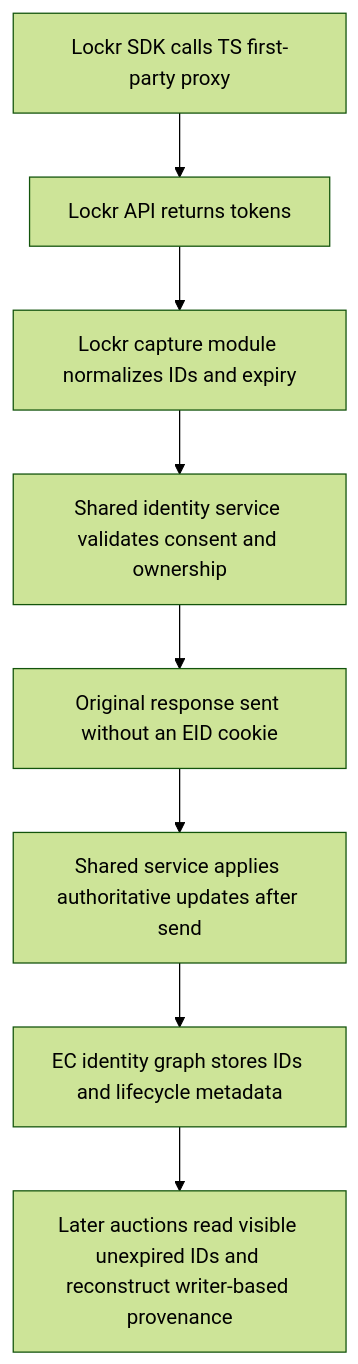
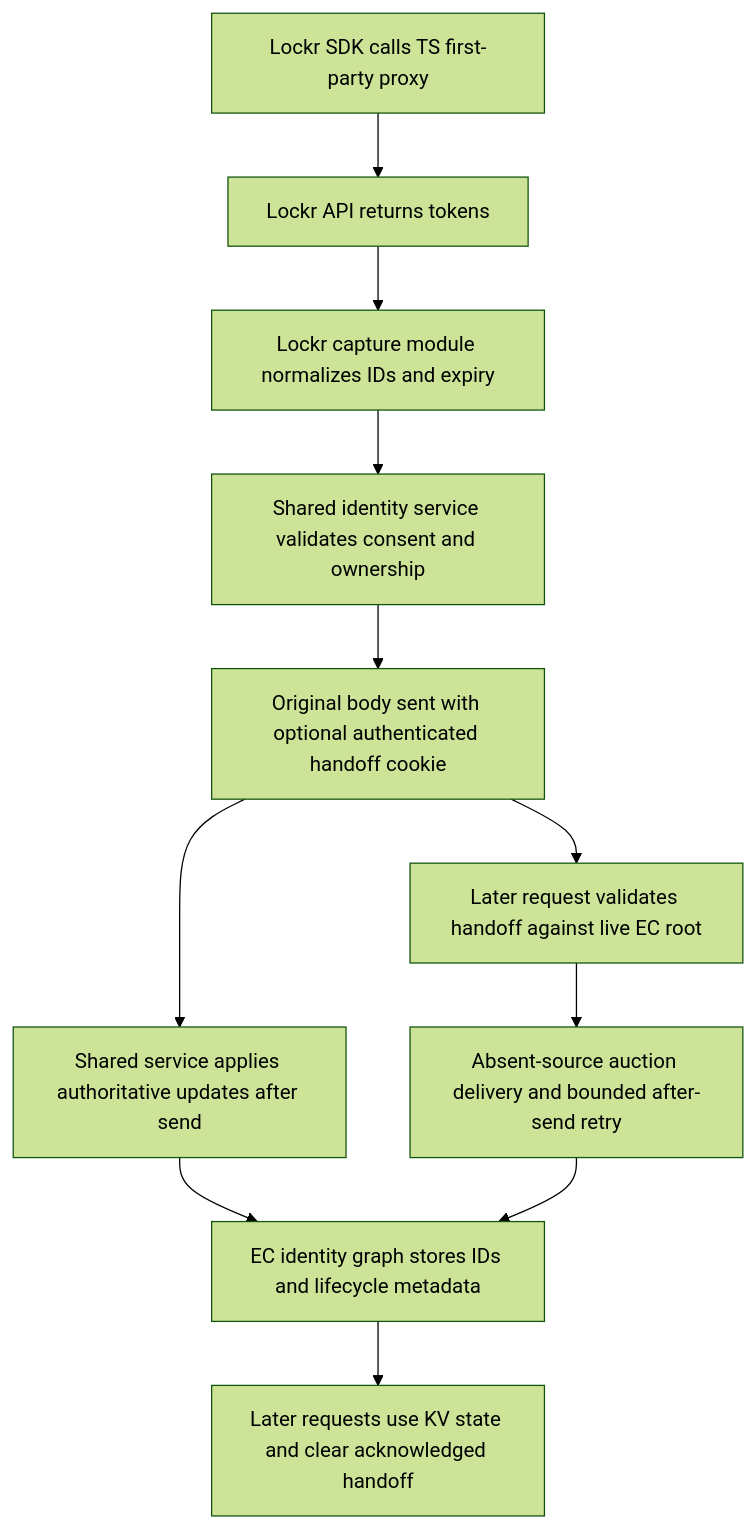
The diagram in docs/superpowers/specs/2026-10-08-lockr-identity-capture-design.md (IABTechLab/trusted-server), drawn with Mermaid (forest theme) before and after one commit. The commit also changed other lines of this file and 21 other files, not shown here.

First line of the commit message:
Add authenticated identity capture handoff

````diff
--- a/docs/superpowers/specs/2026-10-08-lockr-identity-capture-design.md
+++ b/docs/superpowers/specs/2026-10-08-lockr-identity-capture-design.md
@@ -283,10 +356,13 @@
 ```mermaid
 flowchart TD
     A[Lockr SDK calls TS first-party proxy] --> B[Lockr API returns tokens]
     B --> C[Lockr capture module normalizes IDs and expiry]
     C --> D[Shared identity service validates consent and ownership]
-    D --> E[Original response sent without an EID cookie]
+    D --> E[Original body sent with optional authenticated handoff cookie]
     E --> F[Shared service applies authoritative updates after send]
     F --> G[EC identity graph stores IDs and lifecycle metadata]
-    G --> H[Later auctions read visible unexpired IDs and reconstruct writer-based provenance]
+    E --> H[Later request validates handoff against live EC root]
+    H --> I[Absent-source auction delivery and bounded after-send retry]
+    I --> G
+    G --> J[Later requests use KV state and clear acknowledged handoff]
 ```
````
